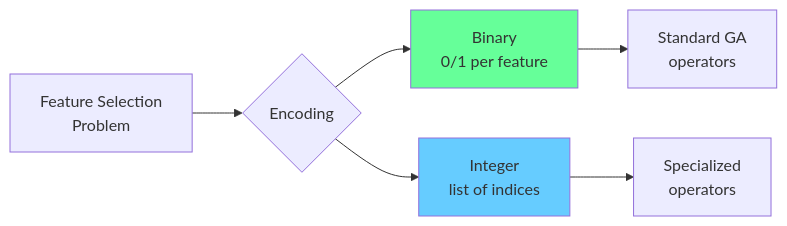
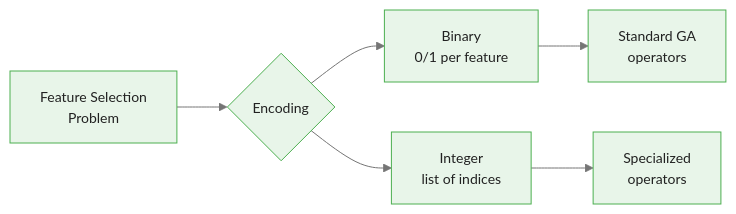
One commit to m-deane/course-creator changed the first of 3 diagrams in courses/genetic-algorithms-feature-selection/modules/module_01_ga_fundamentals/guides/01_encoding_slides.md. Above: the diagram before and after it, drawn with Mermaid. The commit also changed other lines of this file and 52 other files, not shown here.

````diff
--- a/courses/genetic-algorithms-feature-selection/modules/module_01_ga_fundamentals/guides/01_encoding_slides.md
+++ b/courses/genetic-algorithms-feature-selection/modules/module_01_ga_fundamentals/guides/01_encoding_slides.md
@@ -28,10 +28,9 @@
 ```mermaid
+%%{init: {"theme": "base", "themeVariables": {"primaryColor": "#e8f5e9", "primaryBorderColor": "#4caf50", "primaryTextColor": "#212121", "secondaryColor": "#e3f2fd", "tertiaryColor": "#fff8e1", "lineColor": "#757575", "fontFamily": "Inter, sans-serif", "fontSize": "14px"}}}%%
 flowchart LR
     A[Feature Selection<br/>Problem] --> B{Encoding}
     B --> C[Binary<br/>0/1 per feature]
     B --> D[Integer<br/>list of indices]
     C --> E[Standard GA<br/>operators]
     D --> F[Specialized<br/>operators]
-    style C fill:#6f9
-    style D fill:#6cf
 ```
````
